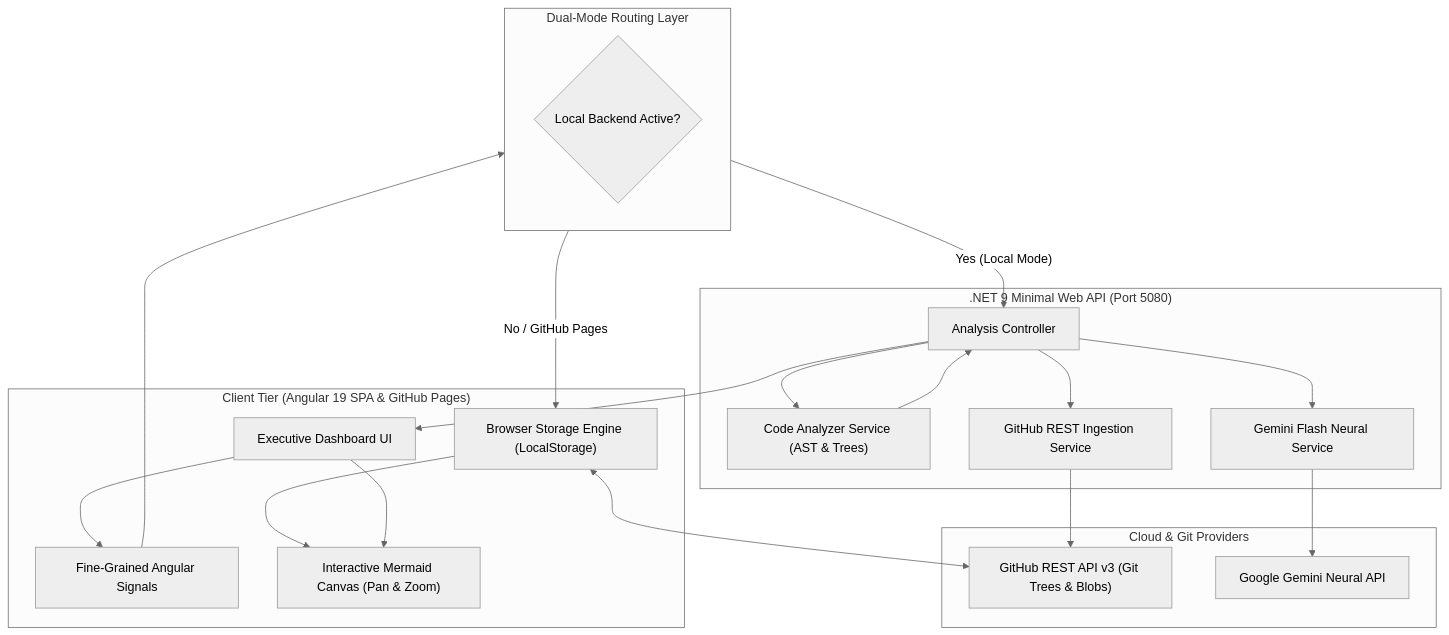
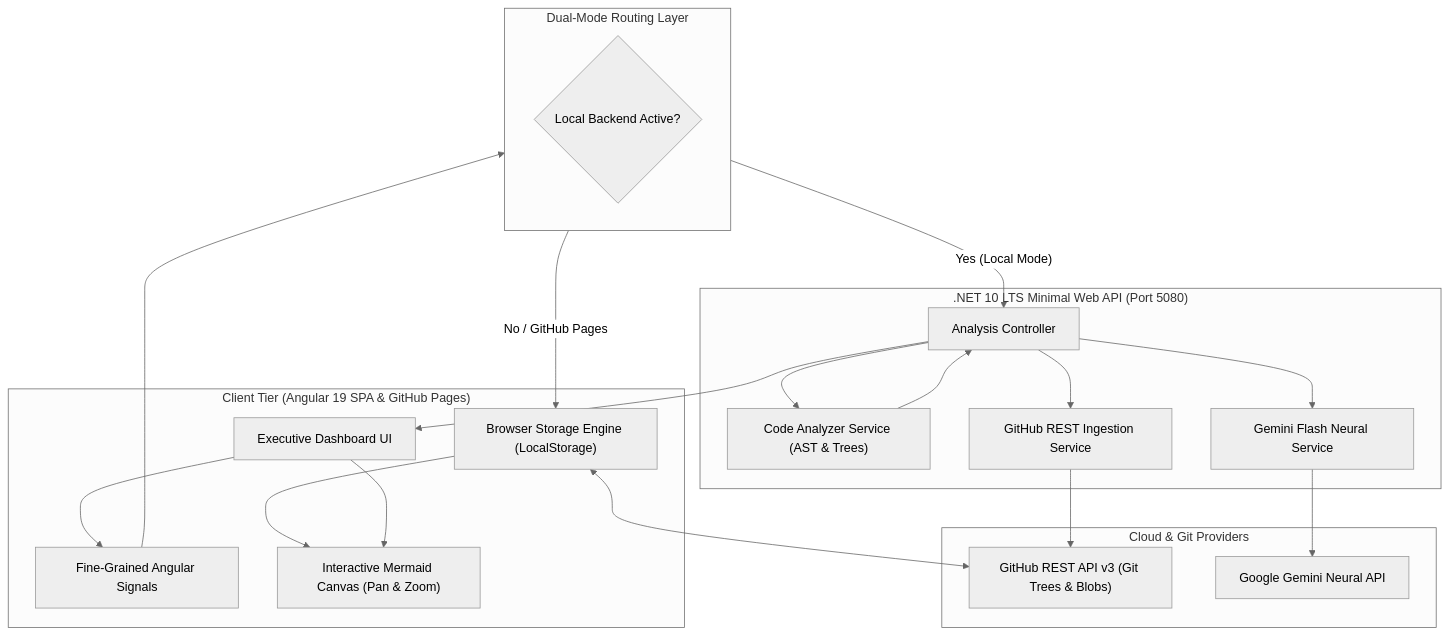
One commit to ZillerDX/ai-codebase-intelligence changed the first of 3 diagrams in README.md. Above: the diagram before and after it, drawn with Mermaid (neutral theme). The commit also changed other lines of this file and 5 other files, not shown here.

Commit message:
feat(backend): migrate to .NET 10 LTS and C# 14 with automated CI

````diff
--- a/README.md
+++ b/README.md
@@ -78,42 +78,42 @@
 ```mermaid
 graph TB
   subgraph ClientTier["Client Tier (Angular 19 SPA & GitHub Pages)"]
     UI["Executive Dashboard UI"]
     Signals["Fine-Grained Angular Signals"]
     Storage["Browser Storage Engine (LocalStorage)"]
     Viewer["Interactive Mermaid Canvas (Pan & Zoom)"]
   end
 
   subgraph IngestionRouter["Dual-Mode Routing Layer"]
     ApiGateway{"Local Backend Active?"}
   end
 
-  subgraph LocalBackend[".NET 9 Minimal Web API (Port 5080)"]
+  subgraph LocalBackend[".NET 10 LTS Minimal Web API (Port 5080)"]
     Controller["Analysis Controller"]
     Analyzer["Code Analyzer Service (AST & Trees)"]
     GeminiSvc["Gemini Flash Neural Service"]
     GhSvc["GitHub REST Ingestion Service"]
   end
 
   subgraph ExternalCloud["Cloud & Git Providers"]
     GitHubAPI["GitHub REST API v3 (Git Trees & Blobs)"]
     GoogleGemini["Google Gemini Neural API"]
   end
 
   UI --> Signals
   Signals --> IngestionRouter
   IngestionRouter -- "Yes (Local Mode)" --> Controller
   IngestionRouter -- "No / GitHub Pages" --> Storage
   Storage <--> GitHubAPI
 
   Controller --> Analyzer
   Controller --> GeminiSvc
   Controller --> GhSvc
 
   GhSvc --> GitHubAPI
   GeminiSvc --> GoogleGemini
   Analyzer --> Controller
   Controller --> UI
   Storage --> Viewer
   UI --> Viewer
 ```
````
